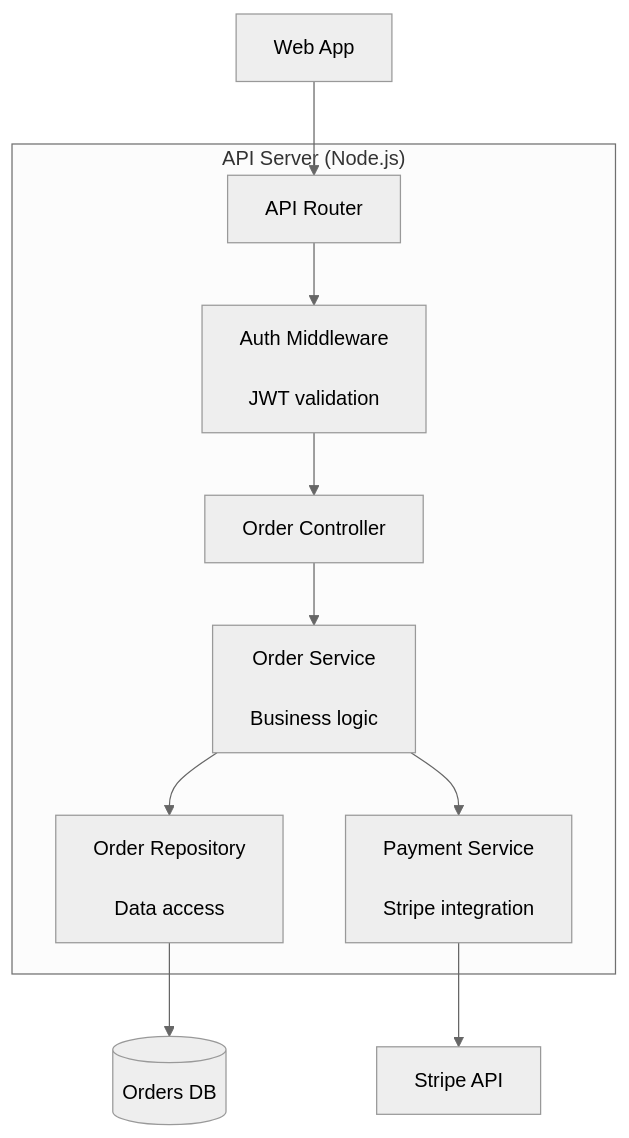
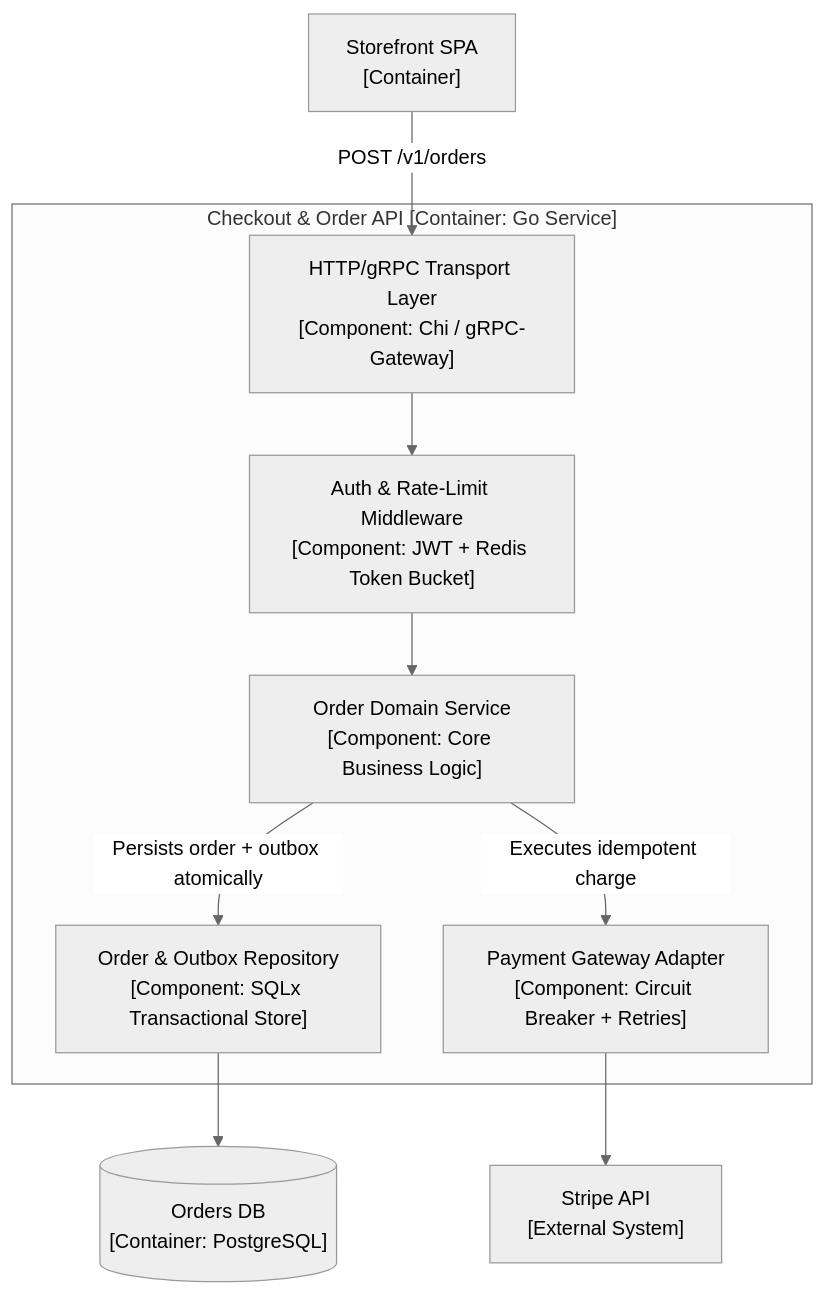
One commit to nitinkc/PrincipalEngineer_InterviewGuide changed the fourth of 4 diagrams in docs/02.01-c4-model.md. Above: the diagram before and after it, drawn with Mermaid (neutral theme). The commit also changed other lines of this file and 27 other files, not shown here.

````diff
--- a/docs/02.01-c4-model.md
+++ b/docs/02.01-c4-model.md
@@ -124,22 +115,20 @@
 ```mermaid
 graph TD
-    WebApp["Web App\n<Container>"]
+    WebApp["Storefront SPA<br/>[Container]"]
 
-    subgraph "API Server (Node.js)"
-        Router["API Router\n<Component>"]
-        AuthMW["Auth Middleware\n<Component>\nJWT validation"]
-        OrderCtrl["Order Controller\n<Component>"]
-        OrderSvc["Order Service\n<Component>\nBusiness logic"]
-        OrderRepo["Order Repository\n<Component>\nData access"]
-        PaymentSvc["Payment Service\n<Component>\nStripe integration"]
+    subgraph "Checkout & Order API [Container: Go Service]"
+        Router["HTTP/gRPC Transport Layer<br/>[Component: Chi / gRPC-Gateway]"]
+        AuthMW["Auth & Rate-Limit Middleware<br/>[Component: JWT + Redis Token Bucket]"]
+        OrderSvc["Order Domain Service<br/>[Component: Core Business Logic]"]
+        PaymentAdapter["Payment Gateway Adapter<br/>[Component: Circuit Breaker + Retries]"]
+        OrderRepo["Order & Outbox Repository<br/>[Component: SQLx Transactional Store]"]
     end
 
-    DB[("Orders DB")]
-    StripeAPI["Stripe API\n<External>"]
+    DB[("Orders DB<br/>[Container: PostgreSQL]")]
+    StripeAPI["Stripe API<br/>[External System]"]
 
-    WebApp --> Router
-    Router --> AuthMW --> OrderCtrl
-    OrderCtrl --> OrderSvc
-    OrderSvc --> OrderRepo --> DB
-    OrderSvc --> PaymentSvc --> StripeAPI
+    WebApp -->|"POST /v1/orders"| Router
+    Router --> AuthMW --> OrderSvc
+    OrderSvc -->|"Persists order + outbox atomically"| OrderRepo --> DB
+    OrderSvc -->|"Executes idempotent charge"| PaymentAdapter --> StripeAPI
 ```
````
